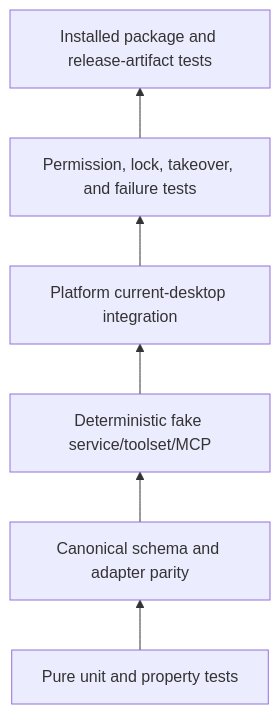
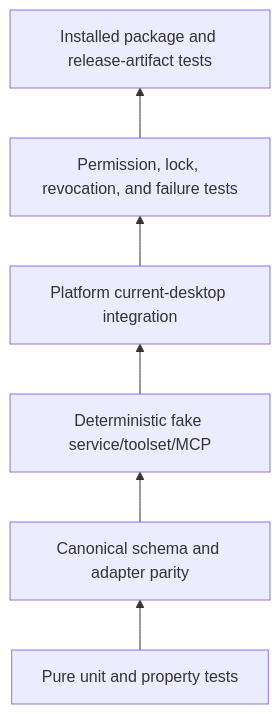
Before and after one commit to Wh1isper/starweaver: the second of 2 diagrams in spec/computer-use/06-security-testing-and-delivery.md, drawn with Mermaid. The commit also changed other lines of this file and 38 other files, not shown here.

````diff
--- a/spec/computer-use/06-security-testing-and-delivery.md
+++ b/spec/computer-use/06-security-testing-and-delivery.md
@@ -456,15 +366,15 @@
 ```mermaid
 flowchart BT
     unit[Pure unit and property tests]
     schema[Canonical schema and adapter parity]
     fake[Deterministic fake service/toolset/MCP]
     native[Platform current-desktop integration]
-    permission[Permission, lock, takeover, and failure tests]
+    permission[Permission, lock, revocation, and failure tests]
     package[Installed package and release-artifact tests]
 
     unit --> schema
     schema --> fake
     fake --> native
     native --> permission
     permission --> package
 ```
````
